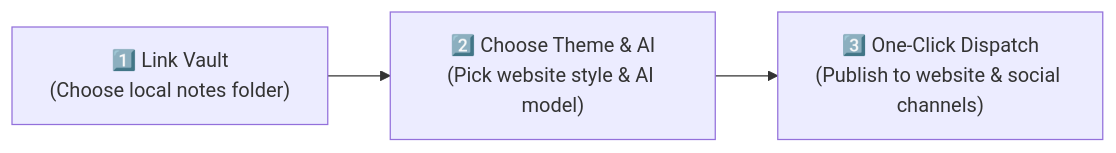
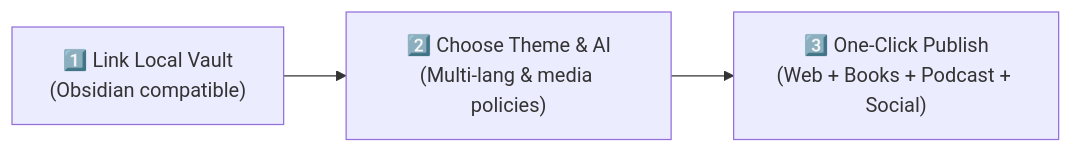
The diagram in README.md (Illacme/illacme-plenipes), drawn with Mermaid before and after one commit. The commit also changed other lines of this file and 2 other files, not shown here.

Commit message:
docs(readme,features): align documentation with v1.9.0 pain-point solutions, podcast, bindery, and MCP capabilities

````diff
--- a/README.md
+++ b/README.md
@@ -161,5 +93,5 @@
 ```mermaid
 graph LR
-    A["1️⃣ Link Vault<br/>(Choose local notes folder)"] --> B["2️⃣ Choose Theme & AI<br/>(Pick website style & AI model)"]
-    B --> C["3️⃣ One-Click Dispatch<br/>(Publish to website & social channels)"]
+    A["1️⃣ Link Local Vault<br/>(Obsidian compatible)"] --> B["2️⃣ Choose Theme & AI<br/>(Multi-lang & media policies)"]
+    B --> C["3️⃣ One-Click Publish<br/>(Web + Books + Podcast + Social)"]
 ```
````
